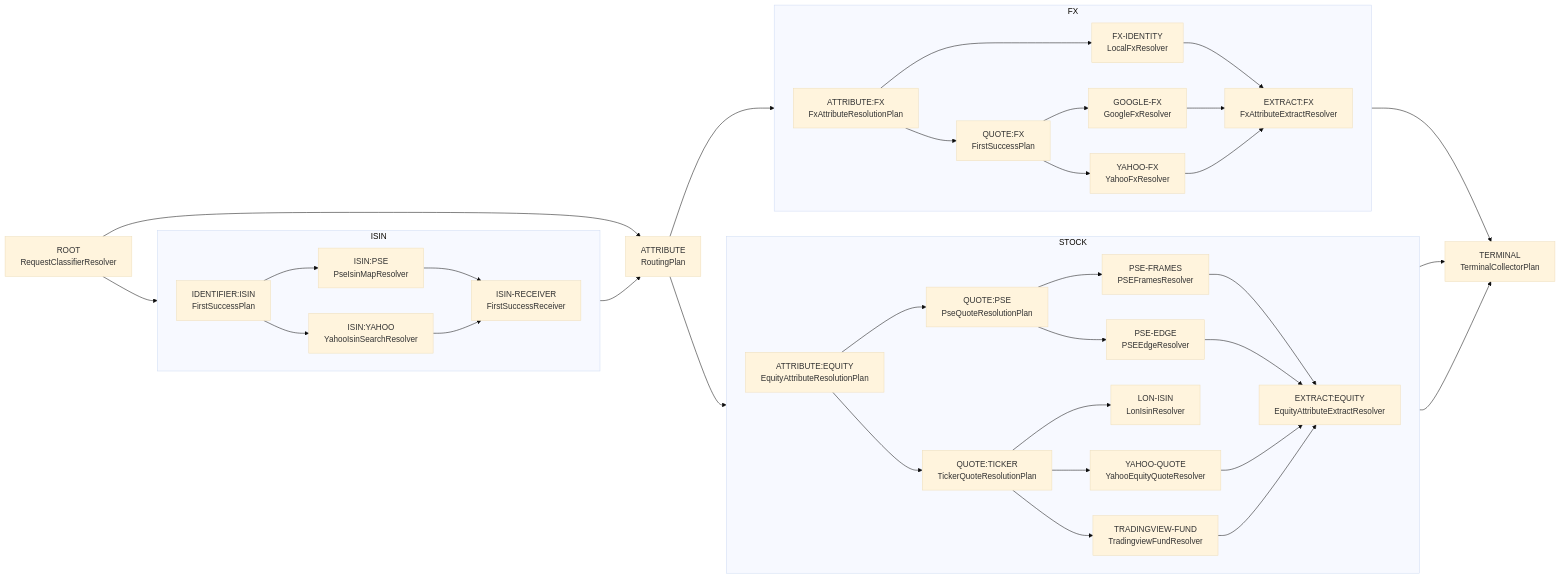
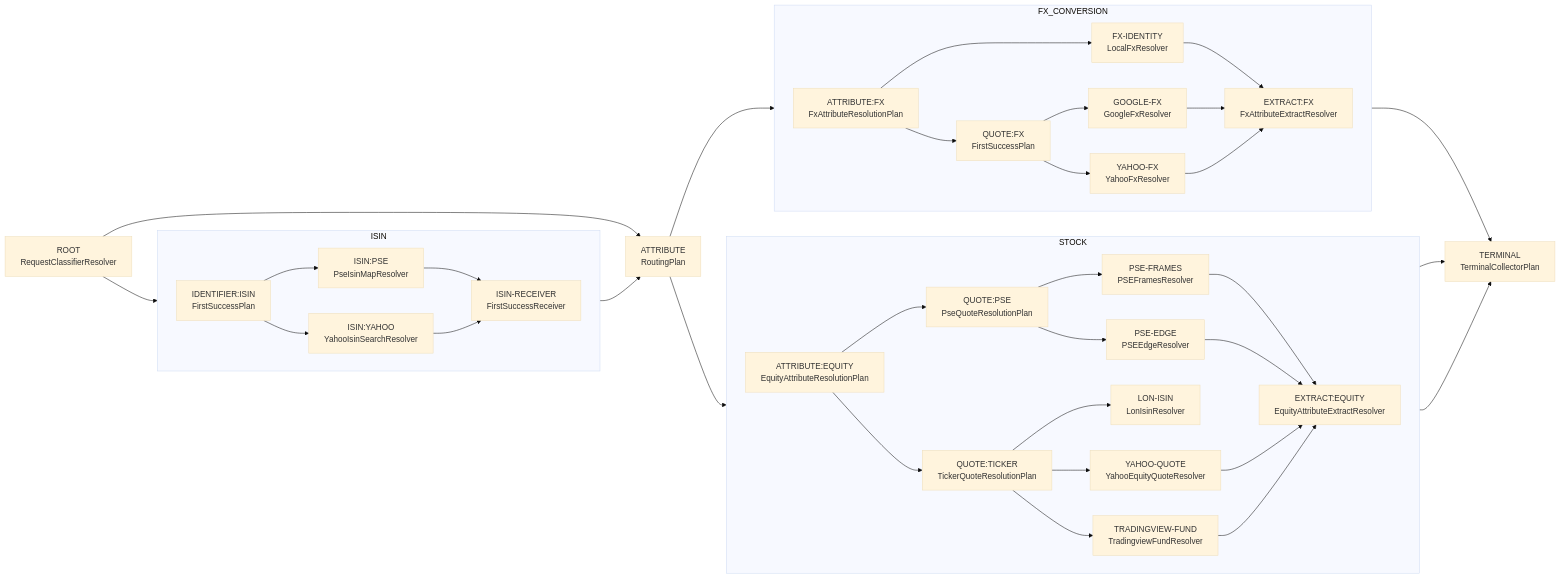
The diagram in docs/design/routing/graph-driven-execution.md (omry/hoodlefinance), drawn with Mermaid (base theme) before and after one commit. The commit also changed other lines of this file and 12 other files, not shown here.

````diff
--- a/docs/design/routing/graph-driven-execution.md
+++ b/docs/design/routing/graph-driven-execution.md
@@ -117,64 +126,64 @@
 ```mermaid
 flowchart LR
   N0["ROOT<br/>RequestClassifierResolver"]
   N5["ATTRIBUTE<br/>RoutingPlan"]
   N21["TERMINAL<br/>TerminalCollectorPlan"]
   subgraph N1SG["ISIN"]
     direction LR
     N1["IDENTIFIER:ISIN<br/>FirstSuccessPlan"]
     N2["ISIN:PSE<br/>PseIsinMapResolver"]
     N3["ISIN:YAHOO<br/>YahooIsinSearchResolver"]
     N4["ISIN-RECEIVER<br/>FirstSuccessReceiver"]
   end
   subgraph N6SG["STOCK"]
     direction LR
     N6["ATTRIBUTE:EQUITY<br/>EquityAttributeResolutionPlan"]
     N8["QUOTE:PSE<br/>PseQuoteResolutionPlan"]
     N9["QUOTE:TICKER<br/>TickerQuoteResolutionPlan"]
     N12["PSE-FRAMES<br/>PSEFramesResolver"]
     N13["PSE-EDGE<br/>PSEEdgeResolver"]
     N14["LON-ISIN<br/>LonIsinResolver"]
     N15["YAHOO-QUOTE<br/>YahooEquityQuoteResolver"]
     N16["TRADINGVIEW-FUND<br/>TradingviewFundResolver"]
     N19["EXTRACT:EQUITY<br/>EquityAttributeExtractResolver"]
   end
-  subgraph N7SG["FX"]
+  subgraph N7SG["FX_CONVERSION"]
     direction LR
     N7["ATTRIBUTE:FX<br/>FxAttributeResolutionPlan"]
     N10["FX-IDENTITY<br/>LocalFxResolver"]
     N11["QUOTE:FX<br/>FirstSuccessPlan"]
     N17["GOOGLE-FX<br/>GoogleFxResolver"]
     N18["YAHOO-FX<br/>YahooFxResolver"]
     N20["EXTRACT:FX<br/>FxAttributeExtractResolver"]
   end
   N0 --> N5
   N0 --> N1
   N1 --> N2
   N1 --> N3
   N2 --> N4
   N3 --> N4
   N4 --> N5
   N5 --> N6
   N5 --> N7
   N6 --> N8
   N6 --> N9
   N7 --> N10
   N7 --> N11
   N8 --> N12
   N8 --> N13
   N9 --> N14
   N9 --> N15
   N9 --> N16
   N10 --> N20
   N11 --> N17
   N11 --> N18
   N12 --> N19
   N13 --> N19
   N14 --> N21
   N15 --> N19
   N16 --> N19
   N17 --> N20
   N18 --> N20
   N19 --> N21
   N20 --> N21
 ```
````
